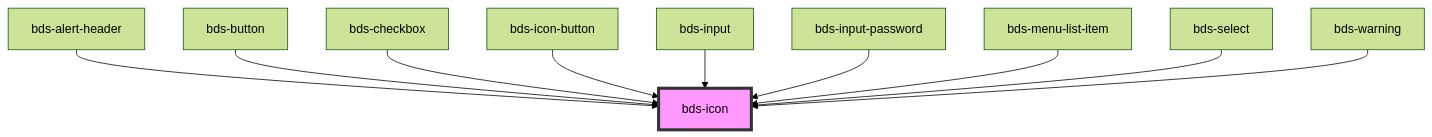
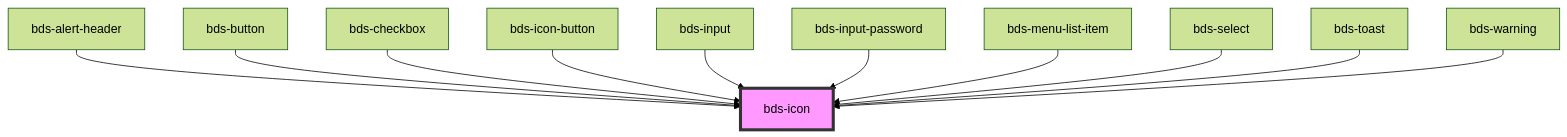
One commit to takenet/blip-ds changed the diagram in src/components/icon/readme.md. Above: the diagram before and after it, drawn with Mermaid (forest theme). The commit also changed other lines of this file and 16 other files, not shown here.

````diff
--- a/src/components/icon/readme.md
+++ b/src/components/icon/readme.md
@@ -38,13 +39,14 @@
 ```mermaid
 graph TD;
   bds-alert-header --> bds-icon
   bds-button --> bds-icon
   bds-checkbox --> bds-icon
   bds-icon-button --> bds-icon
   bds-input --> bds-icon
   bds-input-password --> bds-icon
   bds-menu-list-item --> bds-icon
   bds-select --> bds-icon
+  bds-toast --> bds-icon
   bds-warning --> bds-icon
   style bds-icon fill:#f9f,stroke:#333,stroke-width:4px
 ```
````
